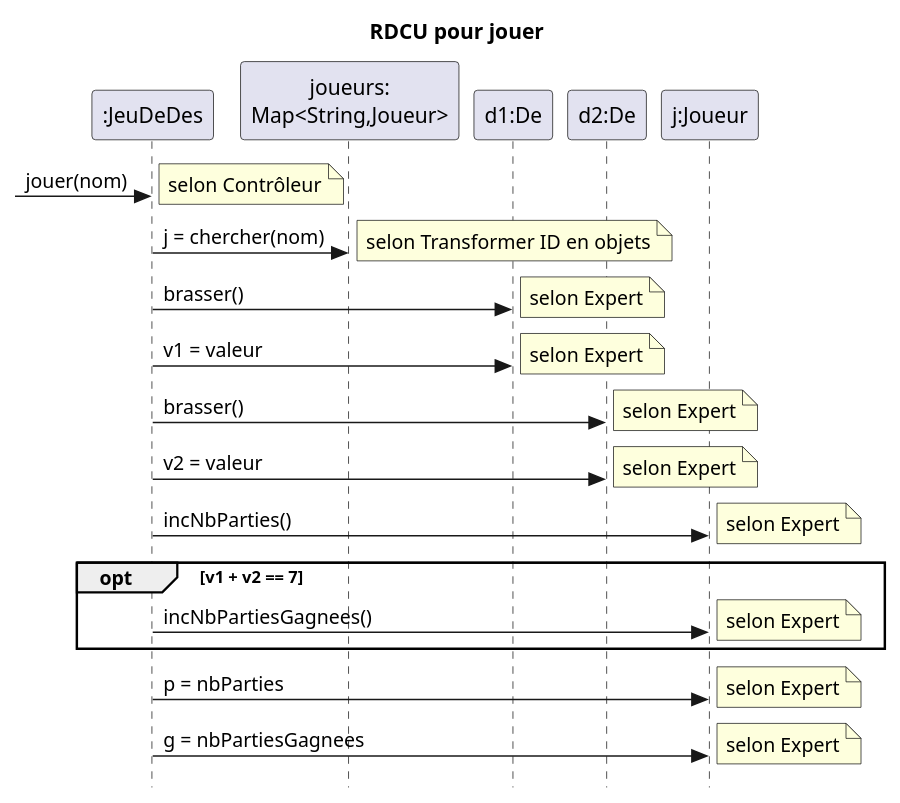
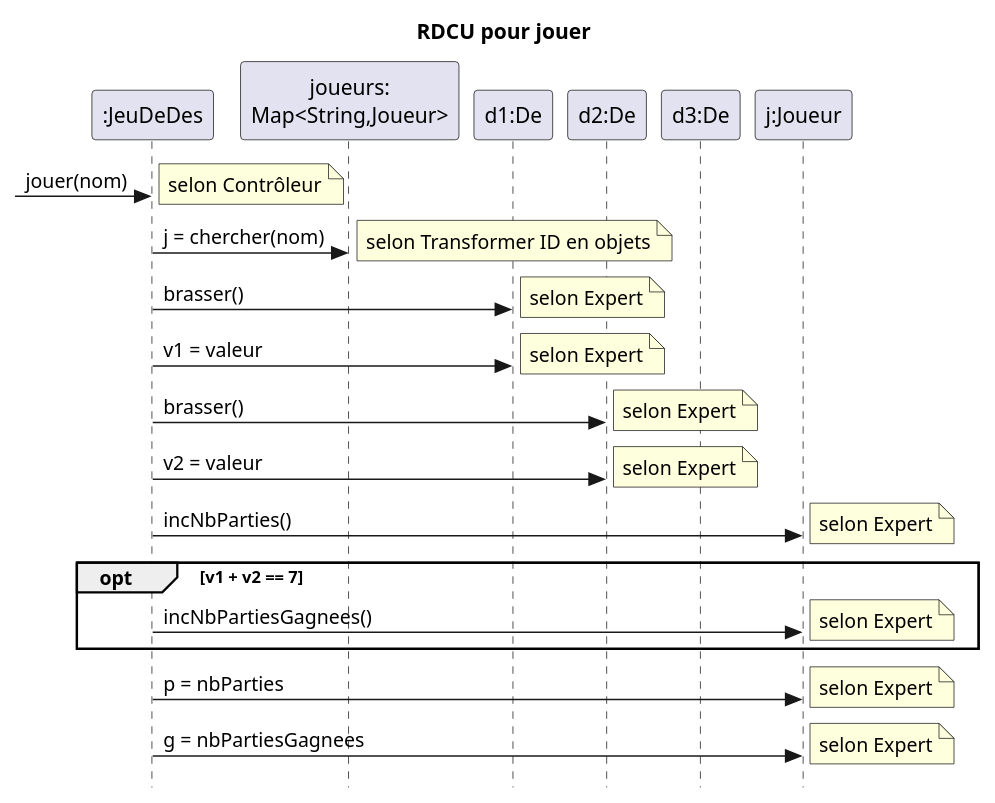
One commit to charlcl180/s20223-log210-01-lab00-charlcl180-main changed the diagram in s20223-log210-01-lab00-charlcl180-main/docs/modeles/rdcu-jouer.puml. Above: the diagram before and after it, drawn with PlantUML. The commit also changed 9 other files, not shown here.

```diff
--- a/s20223-log210-01-lab00-charlcl180-main/docs/modeles/rdcu-jouer.puml
+++ b/s20223-log210-01-lab00-charlcl180-main/docs/modeles/rdcu-jouer.puml
@@ -1,32 +1,33 @@
 @startuml
 skinparam style strictuml
 skinparam defaultfontname Verdana
 title RDCU pour jouer
 participant ":JeuDeDes" as c
 participant "joueurs:\nMap<String,Joueur>" as jm
 participant "d1:De" as d1
 participant "d2:De" as d2
+participant "d3:De" as d3
 participant "j:Joueur" as j
 ->c : jouer(nom)
 note right : selon Contrôleur
 c->jm : j = chercher(nom)
 note right : selon Transformer ID en objets
 c->d1 : brasser()
 note right : selon Expert
 c->d1 : v1 = valeur
 note right : selon Expert
 c->d2 : brasser()
 note right : selon Expert
 c->d2 : v2 = valeur
 note right : selon Expert
 c->j : incNbParties()
 note right : selon Expert
 opt v1 + v2 == 7
   c->j : incNbPartiesGagnees()
   note right : selon Expert
 end opt
 c->j : p = nbParties
 note right : selon Expert
 c->j : g = nbPartiesGagnees
 note right : selon Expert
 @enduml
```
